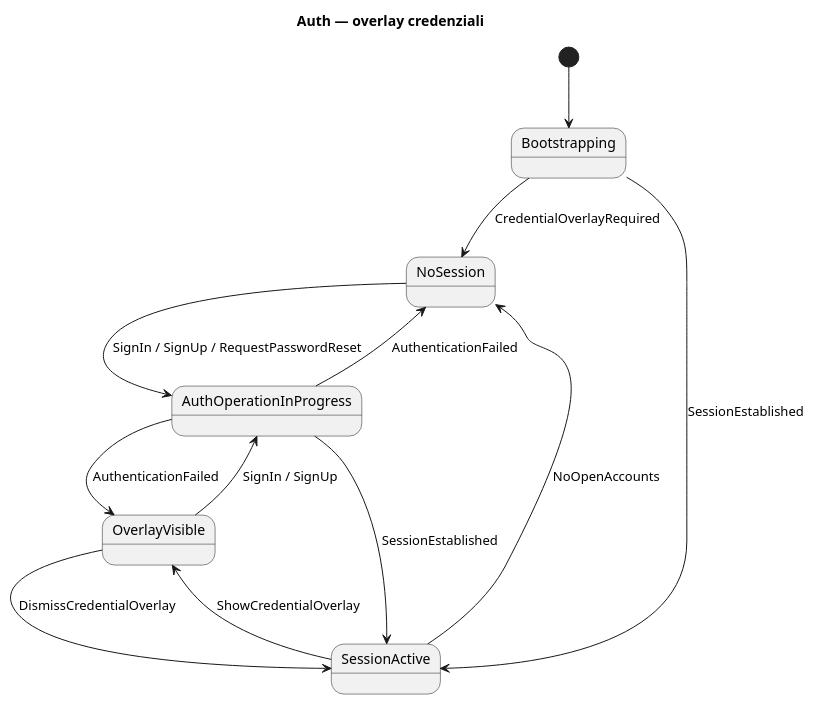
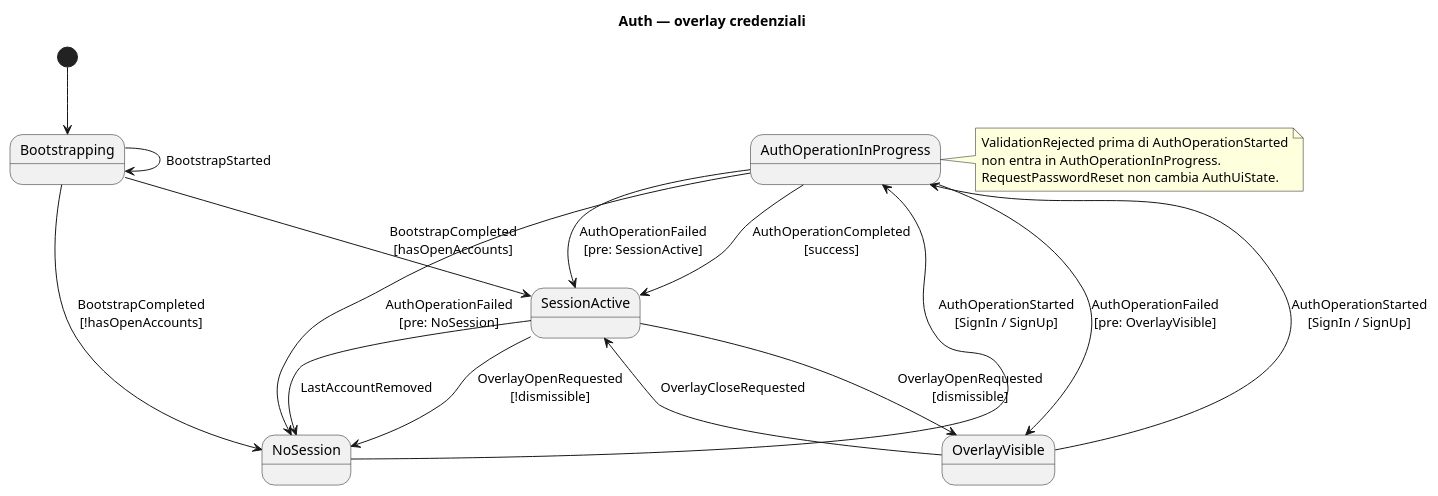
The diagram in docs/model/uml/auth/auth-state.puml (alfred-im/alfred-im), drawn with PlantUML before and after one commit. The commit also changed 97 other files, not shown here.

```diff
--- a/docs/model/uml/auth/auth-state.puml
+++ b/docs/model/uml/auth/auth-state.puml
@@ -1,31 +1,41 @@
 @startuml auth-state
 ' Context: auth
 ' Profile: client
-' Revision: 2026-07-19
+' Revision: 2026-07-27
 ' Statechart: AuthUiState (bootstrapping, noSession, sessionActive, overlayVisible, authOperationInProgress)
 
 title Auth — overlay credenziali
 
 state Bootstrapping
 state NoSession
 state SessionActive
 state OverlayVisible
 state AuthOperationInProgress
 
 [*] --> Bootstrapping
 
-Bootstrapping --> NoSession : CredentialOverlayRequired
-Bootstrapping --> SessionActive : SessionEstablished
+Bootstrapping --> Bootstrapping : BootstrapStarted
+Bootstrapping --> NoSession : BootstrapCompleted\n[!hasOpenAccounts]
+Bootstrapping --> SessionActive : BootstrapCompleted\n[hasOpenAccounts]
 
-NoSession --> AuthOperationInProgress : SignIn / SignUp / RequestPasswordReset
-OverlayVisible --> SessionActive : DismissCredentialOverlay
-OverlayVisible --> AuthOperationInProgress : SignIn / SignUp
+NoSession --> AuthOperationInProgress : AuthOperationStarted\n[SignIn / SignUp]
+OverlayVisible --> AuthOperationInProgress : AuthOperationStarted\n[SignIn / SignUp]
 
-SessionActive --> OverlayVisible : ShowCredentialOverlay
-SessionActive --> NoSession : NoOpenAccounts
+SessionActive --> OverlayVisible : OverlayOpenRequested\n[dismissible]
+SessionActive --> NoSession : OverlayOpenRequested\n[!dismissible]
+SessionActive --> NoSession : LastAccountRemoved
 
-AuthOperationInProgress --> SessionActive : SessionEstablished
-AuthOperationInProgress --> NoSession : AuthenticationFailed
-AuthOperationInProgress --> OverlayVisible : AuthenticationFailed
+OverlayVisible --> SessionActive : OverlayCloseRequested
+
+AuthOperationInProgress --> SessionActive : AuthOperationCompleted\n[success]
+AuthOperationInProgress --> NoSession : AuthOperationFailed\n[pre: NoSession]
+AuthOperationInProgress --> OverlayVisible : AuthOperationFailed\n[pre: OverlayVisible]
+AuthOperationInProgress --> SessionActive : AuthOperationFailed\n[pre: SessionActive]
+
+note right of AuthOperationInProgress
+  ValidationRejected prima di AuthOperationStarted
+  non entra in AuthOperationInProgress.
+  RequestPasswordReset non cambia AuthUiState.
+end note
 
 @enduml
```
